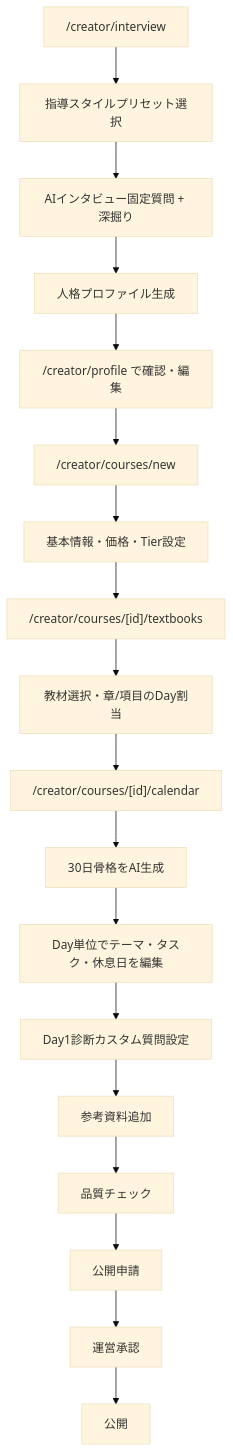
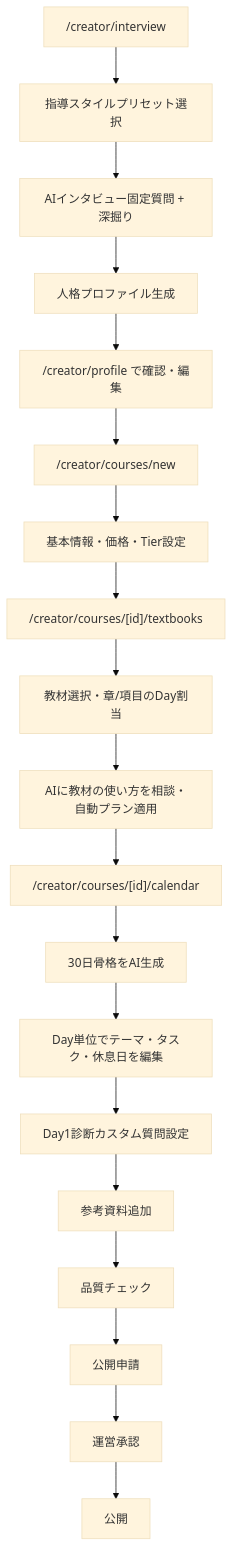
The sixth of 18 diagrams in docs/設計書/ManaVillage_サービスフロー整理.md (Kazy1230/OshiEnglish), drawn with Mermaid (base theme) before and after one commit. The commit also changed other lines of this file and 22 other files, not shown here.

````diff
--- a/docs/設計書/ManaVillage_サービスフロー整理.md
+++ b/docs/設計書/ManaVillage_サービスフロー整理.md
@@ -173,20 +173,21 @@
 ```mermaid
 flowchart TD
   A["/creator/interview"] --> B["指導スタイルプリセット選択"]
   B --> C["AIインタビュー固定質問 + 深掘り"]
   C --> D["人格プロファイル生成"]
   D --> E["/creator/profile で確認・編集"]
   E --> F["/creator/courses/new"]
   F --> G["基本情報・価格・Tier設定"]
   G --> H["/creator/courses/[id]/textbooks"]
   H --> I["教材選択・章/項目のDay割当"]
-  I --> J["/creator/courses/[id]/calendar"]
+  I --> I2["AIに教材の使い方を相談・自動プラン適用"]
+  I2 --> J["/creator/courses/[id]/calendar"]
   J --> K["30日骨格をAI生成"]
   K --> L["Day単位でテーマ・タスク・休息日を編集"]
   L --> M["Day1診断カスタム質問設定"]
   M --> N["参考資料追加"]
   N --> O["品質チェック"]
   O --> P["公開申請"]
   P --> Q["運営承認"]
   Q --> R["公開"]
 ```
````
